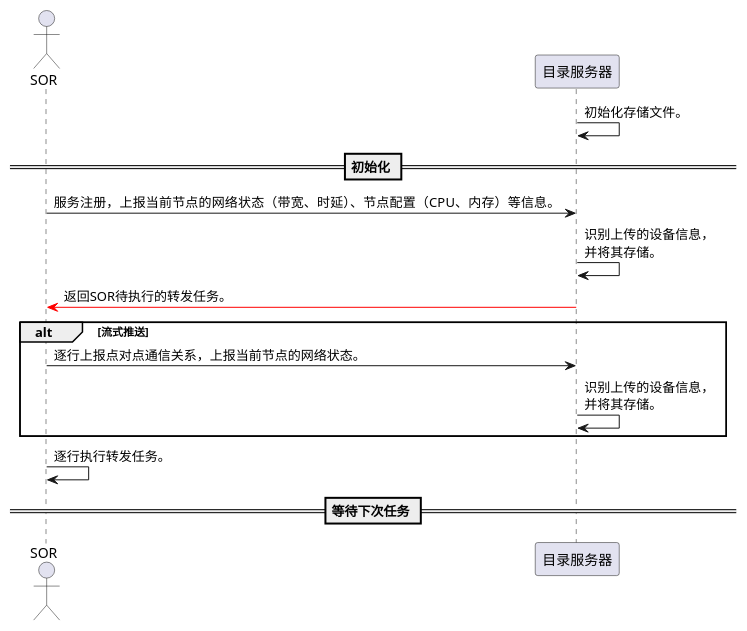
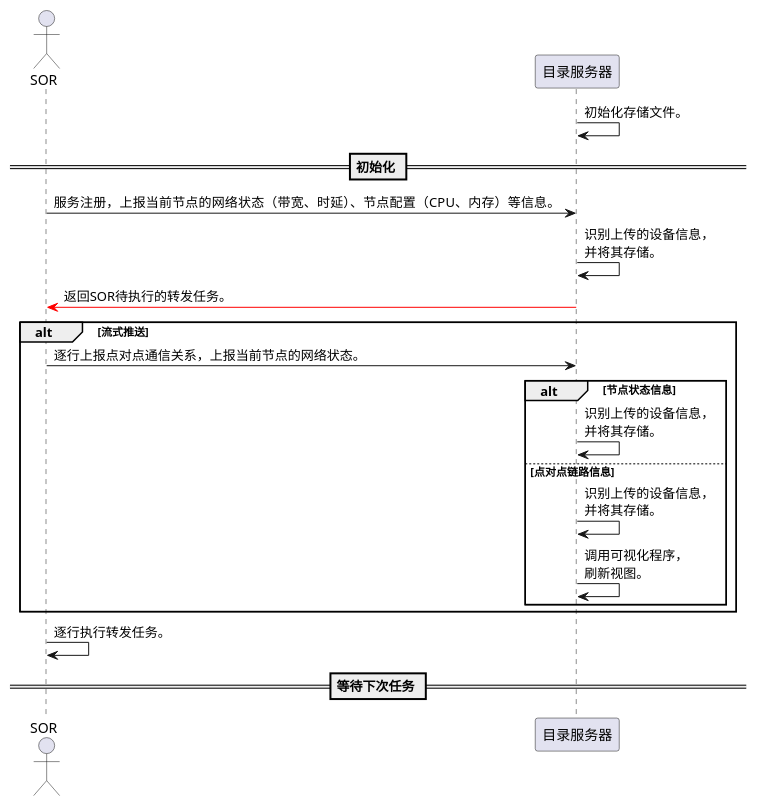
Before and after one commit to srx123456/selNSGA2: the diagram in tu.puml, drawn with PlantUML.

```diff
--- a/tu.puml
+++ b/tu.puml
@@ -105,15 +105,21 @@
 @startuml
 actor    SOR     as z
 participant 目录服务器   as ml
 ml -> ml : 初始化存储文件。
 == 初始化 ==
 z -> ml : 服务注册，上报当前节点的网络状态（带宽、时延）、节点配置（CPU、内存）等信息。
 ml -> ml: 识别上传的设备信息，\n并将其存储。
 ml -[#red]> z: 返回SOR待执行的转发任务。
 alt  流式推送
     z -> ml : 逐行上报点对点通信关系，上报当前节点的网络状态。
+
+    alt 节点状态信息
     ml -> ml: 识别上传的设备信息，\n并将其存储。
+    else 点对点链路信息
+    ml -> ml: 识别上传的设备信息，\n并将其存储。
+    ml -> ml: 调用可视化程序，\n刷新视图。
+    end
 end
 z -> z : 逐行执行转发任务。
 == 等待下次任务 ==
 @enduml
```
